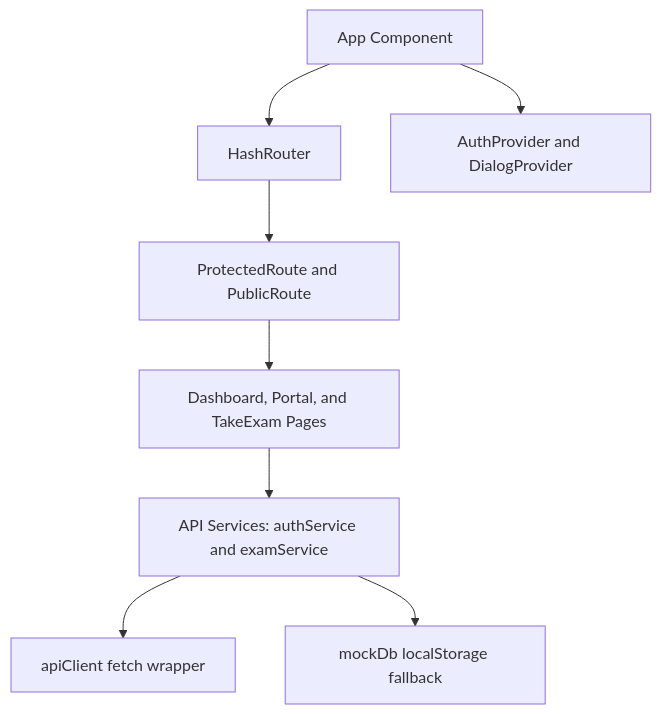
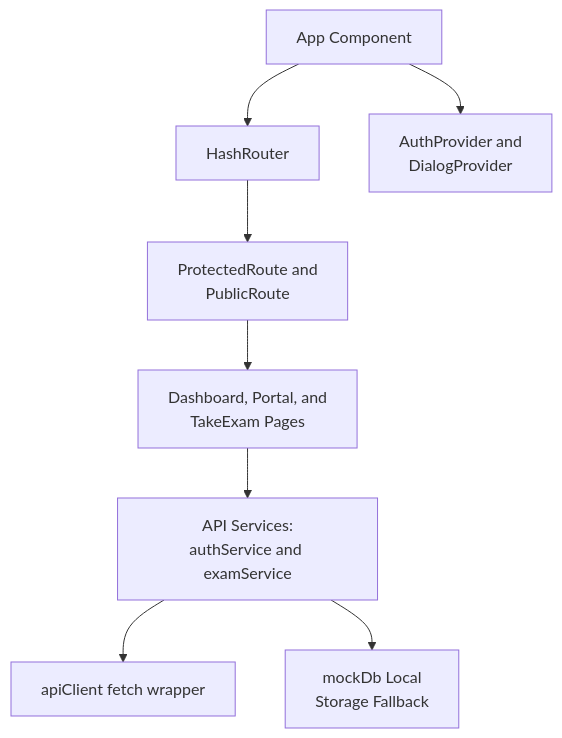
The second of 5 diagrams in README.md (Nashd31/ExamApp), drawn with Mermaid before and after one commit.

Commit message:
Final README

````diff
--- a/README.md
+++ b/README.md
@@ -75,10 +75,10 @@
 ```mermaid
 graph TD
-    App[App Component] --> Router[HashRouter]
-    App --> Contexts[AuthProvider and DialogProvider]
-    Router --> Guards[ProtectedRoute and PublicRoute]
-    Guards --> Pages[Dashboard, Portal, and TakeExam Pages]
-    Pages --> Service[API Services: authService and examService]
-    Service --> Client[apiClient fetch wrapper]
-    Service --> Mock[mockDb localStorage fallback]
+    App["App Component"] --> Router["HashRouter"]
+    App --> Contexts["AuthProvider and<br/>DialogProvider"]
+    Router --> Guards["ProtectedRoute and<br/>PublicRoute"]
+    Guards --> Pages["Dashboard, Portal, and<br/>TakeExam Pages"]
+    Pages --> Service["API Services:<br/>authService and examService"]
+    Service --> Client["apiClient fetch wrapper"]
+    Service --> Mock["mockDb Local<br/>Storage Fallback"]
 ```
````
